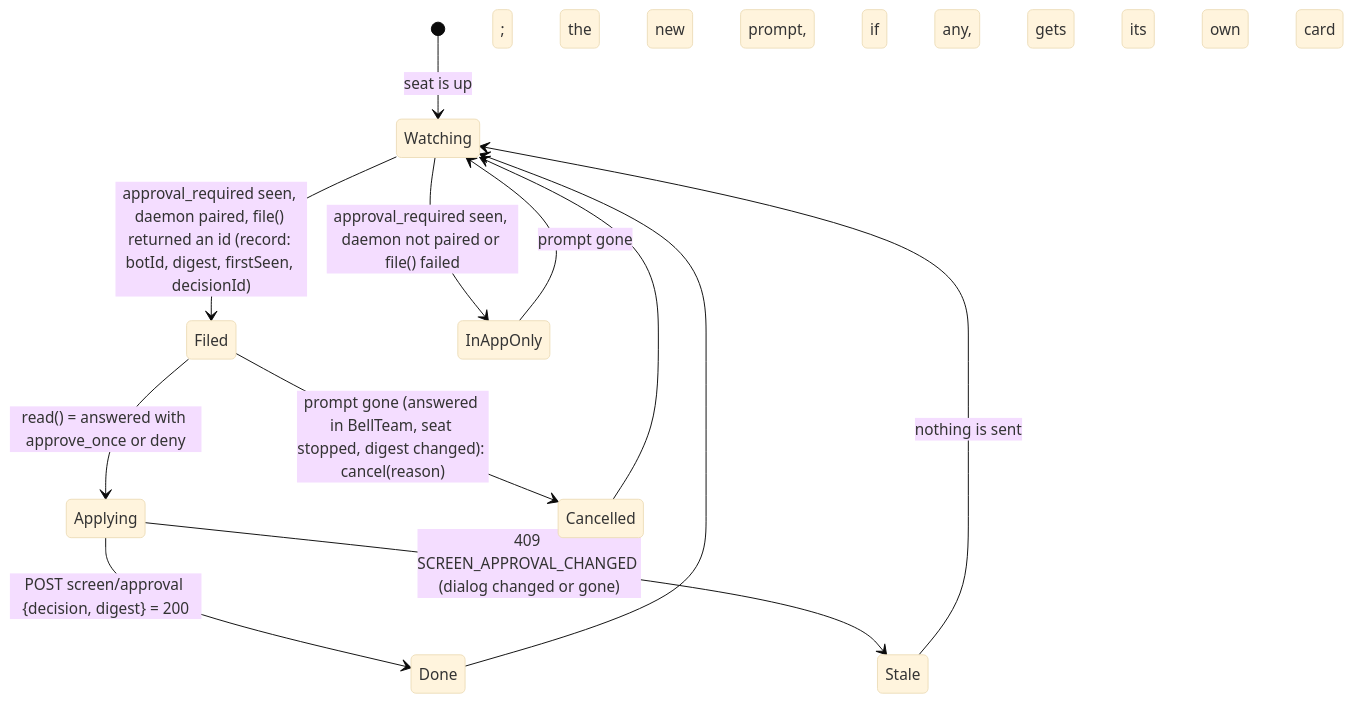
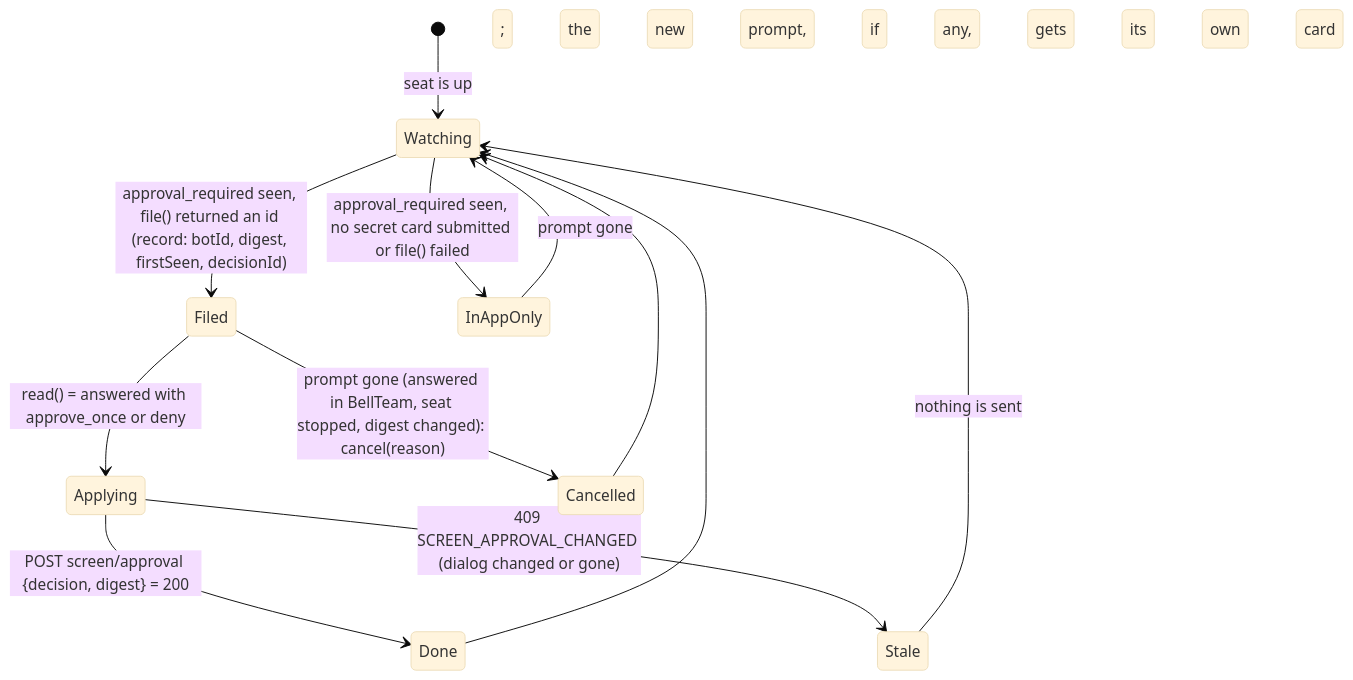
One commit to kitepon/BellTeam changed the first of 2 diagrams in docs/architecture/modules/approval-box-extension/seat-approval-card.md. Above: the diagram before and after it, drawn with Mermaid (base theme). The commit also changed other lines of this file, not shown here.

Commit message:
seat-approval-card: file on the connector token path (own connection); the hosted daemon cannot pair while PC_OFFER is off

````diff
--- a/docs/architecture/modules/approval-box-extension/seat-approval-card.md
+++ b/docs/architecture/modules/approval-box-extension/seat-approval-card.md
@@ -25,14 +31,14 @@
 ```mermaid
 stateDiagram-v2
   [*] --> Watching: seat is up
-  Watching --> Filed: approval_required seen, daemon paired, file() returned an id (record: botId, digest, firstSeen, decisionId)
-  Watching --> InAppOnly: approval_required seen, daemon not paired or file() failed
+  Watching --> Filed: approval_required seen, file() returned an id (record: botId, digest, firstSeen, decisionId)
+  Watching --> InAppOnly: approval_required seen, no secret card submitted or file() failed
   InAppOnly --> Watching: prompt gone
   Filed --> Applying: read() = answered with approve_once or deny
   Applying --> Done: POST screen/approval {decision, digest} = 200
   Applying --> Stale: 409 SCREEN_APPROVAL_CHANGED (dialog changed or gone)
   Filed --> Cancelled: prompt gone (answered in BellTeam, seat stopped, digest changed): cancel(reason)
   Stale --> Watching: nothing is sent; the new prompt, if any, gets its own card
   Cancelled --> Watching
   Done --> Watching
 ```
````
